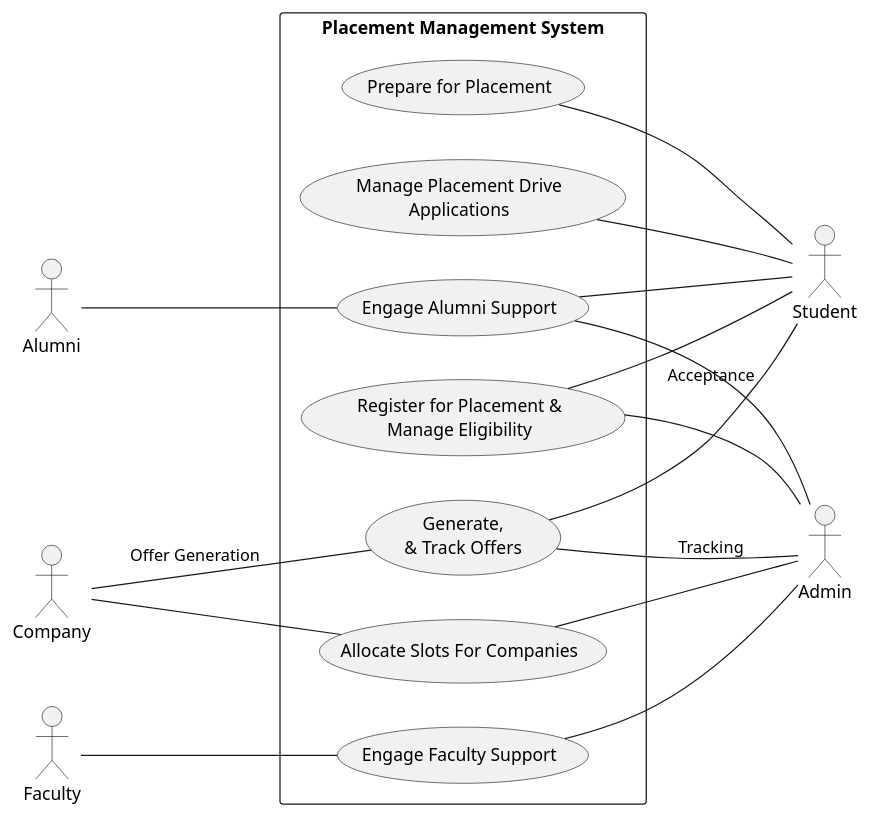
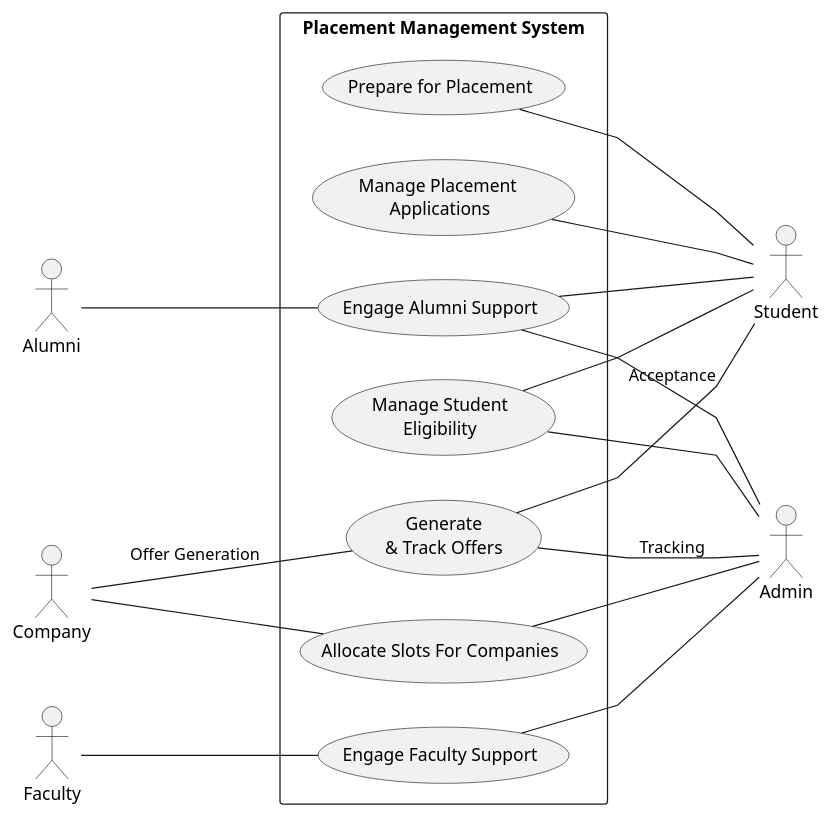
Before and after one commit to VV-68/smartplace: the diagram in documentation/usecase_diagrams/usecase.puml, drawn with PlantUML. The commit also changed 10 other files, not shown here.

```diff
--- a/documentation/usecase_diagrams/usecase.puml
+++ b/documentation/usecase_diagrams/usecase.puml
@@ -1,43 +1,44 @@
 @startuml
 left to right direction
+skinparam linetype polyline
 skinparam packageStyle rectangle
 
 actor "Company" as c
 actor "Faculty" as f
 actor "Alumni" as al
 actor "Student" as s
 actor "Admin" as a
 
 rectangle "Placement Management System" {
     
-        usecase "Register for Placement &\nManage Eligibility" as UC1
+        usecase "Manage Student\nEligibility" as UC1
         usecase "Prepare for Placement" as UC6
 
-        usecase "Manage Placement Drive\nApplications" as UC2
+        usecase "Manage Placement \nApplications" as UC2
         usecase "Allocate Slots For Companies" as UC4
-        usecase "Generate,\n& Track Offers" as UC5
+        usecase "Generate\n& Track Offers" as UC5
 
         usecase "Engage Alumni Support" as UC3
         usecase "Engage Faculty Support" as UC7
 }
 
 ' Associations without arrowheads
 c -- UC4
 c -- UC5 : Offer Generation
 f -- UC7
 al -- UC3
 
 ' Right side actors
 UC1 -- s
 UC2 -- s
 UC6 -- s
 UC3 -- s
 UC5 -- s : Acceptance
 
 UC1 -- a
 UC4 -- a
 UC5 -- a : Tracking
 UC7 -- a
 UC3 -- a
 
 @enduml
```
